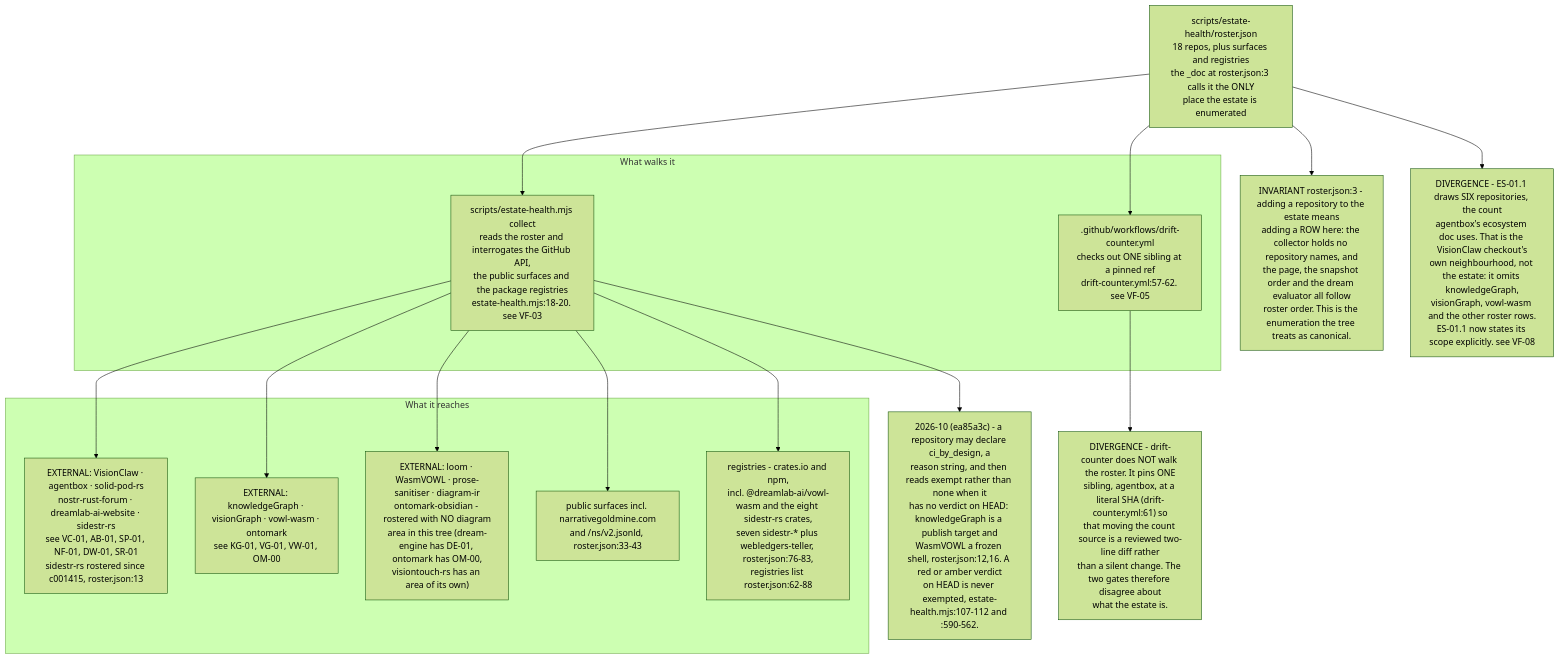
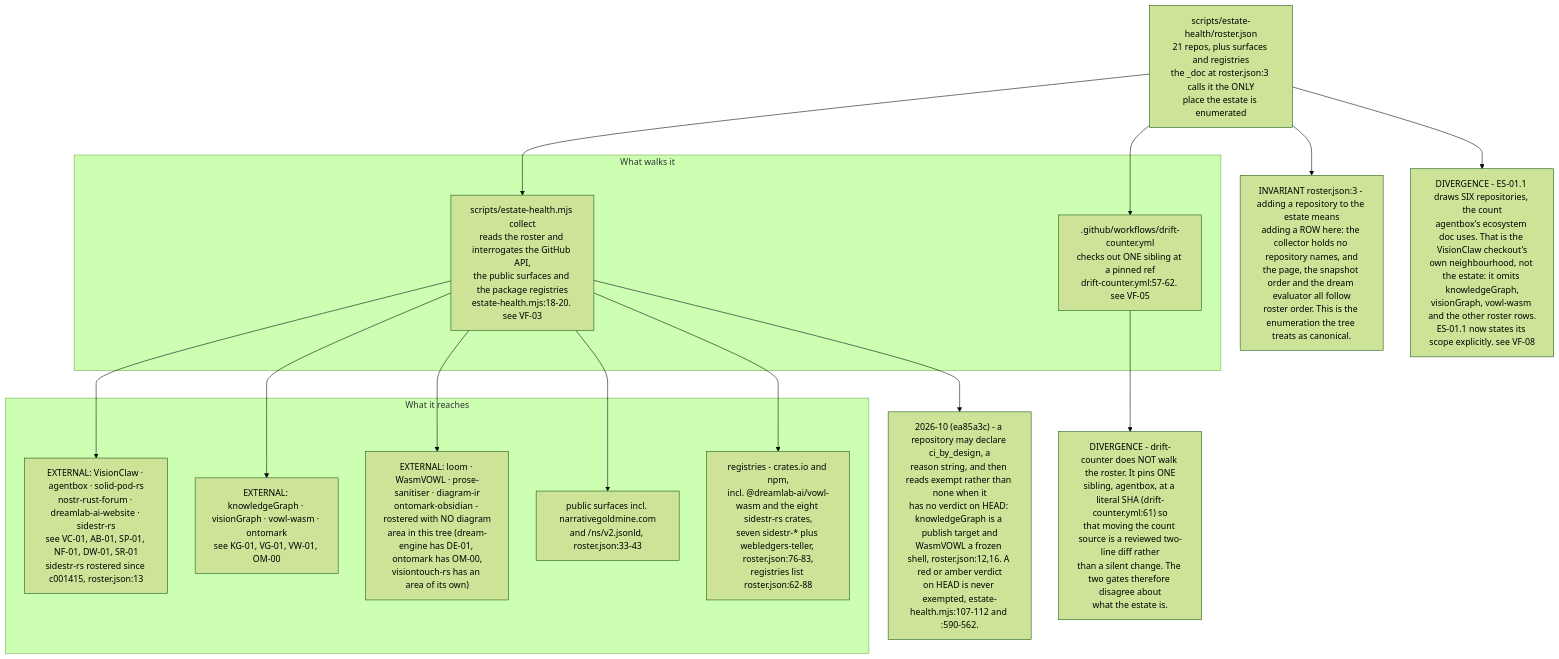
Before and after one commit to DreamLab-AI/VisionFlow: the fifth of 5 diagrams in docs/diagrams/estate/11-publishing-axis.md, drawn with Mermaid (forest theme). The commit also changed other lines of this file and 49 other files, not shown here.

First line of the commit message:
docs(diagrams): re-derive and re-stamp VisionClaw, estate, knowledge-graph, visionGraph, VisionFlow and sidestr topics

````diff
--- a/docs/diagrams/estate/11-publishing-axis.md
+++ b/docs/diagrams/estate/11-publishing-axis.md
@@ -146,35 +146,35 @@
 ```mermaid
 flowchart TB
-    ROSTER["scripts/estate-health/roster.json<br/>18 repos, plus surfaces and registries<br/>the _doc at roster.json:3 calls it the ONLY<br/>place the estate is enumerated"]
+    ROSTER["scripts/estate-health/roster.json<br/>21 repos, plus surfaces and registries<br/>the _doc at roster.json:3 calls it the ONLY<br/>place the estate is enumerated"]
 
     subgraph READERS["What walks it"]
         EH["scripts/estate-health.mjs collect<br/>reads the roster and interrogates the GitHub API,<br/>the public surfaces and the package registries<br/>estate-health.mjs:18-20. see VF-03"]
         DC[".github/workflows/drift-counter.yml<br/>checks out ONE sibling at a pinned ref<br/>drift-counter.yml:57-62. see VF-05"]
     end
 
     subgraph TARGETS["What it reaches"]
         R1["EXTERNAL: VisionClaw · agentbox · solid-pod-rs<br/>nostr-rust-forum · dreamlab-ai-website · sidestr-rs<br/>see VC-01, AB-01, SP-01, NF-01, DW-01, SR-01<br/>sidestr-rs rostered since c001415, roster.json:13"]
         R2["EXTERNAL: knowledgeGraph · visionGraph · vowl-wasm · ontomark<br/>see KG-01, VG-01, VW-01, OM-00"]
         R3["EXTERNAL: loom · WasmVOWL · prose-sanitiser · diagram-ir<br/>ontomark-obsidian - rostered with NO diagram<br/>area in this tree (dream-engine has DE-01, ontomark has OM-00,<br/>visiontouch-rs has an area of its own)"]
         SURF["public surfaces incl. narrativegoldmine.com<br/>and /ns/v2.jsonld, roster.json:33-43"]
         REG["registries - crates.io and npm,<br/>incl. @dreamlab-ai/vowl-wasm and the eight sidestr-rs crates,<br/>seven sidestr-* plus webledgers-teller, roster.json:76-83,<br/>registries list roster.json:62-88"]
     end
 
     ROSTER --> EH
     ROSTER --> DC
     EH --> R1
     EH --> R2
     EH --> R3
     EH --> SURF
     EH --> REG
 
     INV["INVARIANT roster.json:3 - adding a repository to the estate means<br/>adding a ROW here: the collector holds no repository names, and<br/>the page, the snapshot order and the dream evaluator all follow<br/>roster order. This is the enumeration the tree treats as canonical."]
     D1["DIVERGENCE - drift-counter does NOT walk the roster. It pins ONE<br/>sibling, agentbox, at a literal SHA (drift-counter.yml:61) so<br/>that moving the count source is a reviewed two-line diff rather<br/>than a silent change. The two gates therefore disagree about<br/>what the estate is."]
     D2["DIVERGENCE - ES-01.1 draws SIX repositories, the count<br/>agentbox's ecosystem doc uses. That is the VisionClaw checkout's<br/>own neighbourhood, not the estate: it omits knowledgeGraph,<br/>visionGraph, vowl-wasm and the other roster rows.<br/>ES-01.1 now states its scope explicitly. see VF-08"]
 
     EXEMPT["2026-10 (ea85a3c) - a repository may declare ci_by_design, a<br/>reason string, and then reads exempt rather than none when it<br/>has no verdict on HEAD: knowledgeGraph is a publish target and<br/>WasmVOWL a frozen shell, roster.json:12,16. A red or amber verdict<br/>on HEAD is never exempted, estate-health.mjs:107-112 and :590-562."]
     EH --> EXEMPT
     ROSTER --> INV
     DC --> D1
     ROSTER --> D2
 ```
````
